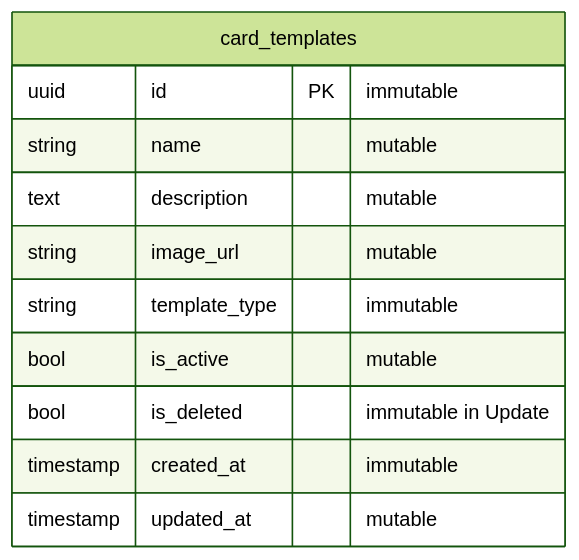
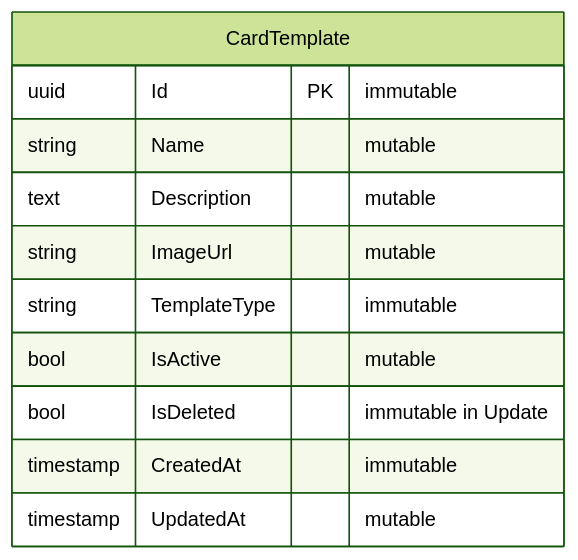
Before and after one commit to TaskCoper/hoatheomua-be: the fifth of 5 diagrams in HoaTheoMua.Repository/docs/tdd/TDD-025/TDD-025-cap-nhat-card-template.md, drawn with Mermaid (forest theme). The commit also changed other lines of this file and 499 other files, not shown here.

````diff
--- a/HoaTheoMua.Repository/docs/tdd/TDD-025/TDD-025-cap-nhat-card-template.md
+++ b/HoaTheoMua.Repository/docs/tdd/TDD-025/TDD-025-cap-nhat-card-template.md
@@ -159,14 +159,14 @@
 ```mermaid
 erDiagram
-    card_templates {
-        uuid id PK "immutable"
-        string name "mutable"
-        text description "mutable"
-        string image_url "mutable"
-        string template_type "immutable"
-        bool is_active "mutable"
-        bool is_deleted "immutable in Update"
-        timestamp created_at "immutable"
-        timestamp updated_at "mutable"
+    CardTemplate {
+        uuid Id PK "immutable"
+        string Name "mutable"
+        text Description "mutable"
+        string ImageUrl "mutable"
+        string TemplateType "immutable"
+        bool IsActive "mutable"
+        bool IsDeleted "immutable in Update"
+        timestamp CreatedAt "immutable"
+        timestamp UpdatedAt "mutable"
     }
 ```
````
